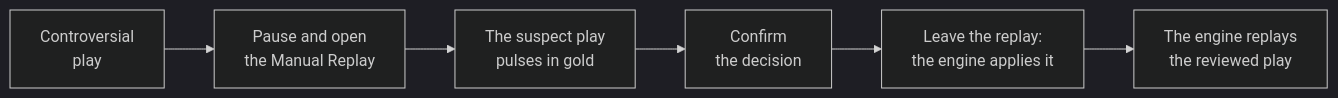
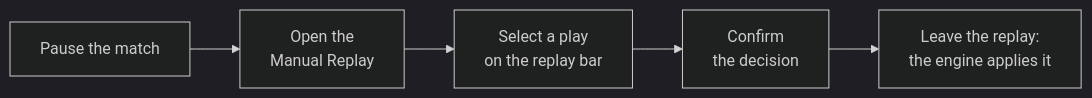
The first of 2 diagrams in README.md (Joao-Spala/pes21-var-mod), drawn with Mermaid (dark theme) before and after one commit. The commit also changed other lines of this file and 1 other file, not shown here.

````diff
--- a/README.md
+++ b/README.md
@@ -44,8 +68,7 @@
 ```mermaid
 flowchart LR
-    A["Controversial<br/>play"] --> B["Pause and open<br/>the Manual Replay"]
-    B --> C["The suspect play<br/>pulses in gold"]
+    A["Pause the match"] --> B["Open the<br/>Manual Replay"]
+    B --> C["Select a play<br/>on the replay bar"]
     C --> D["Confirm<br/>the decision"]
     D --> E["Leave the replay:<br/>the engine applies it"]
-    E --> F["The engine replays<br/>the reviewed play"]
 ```
````
